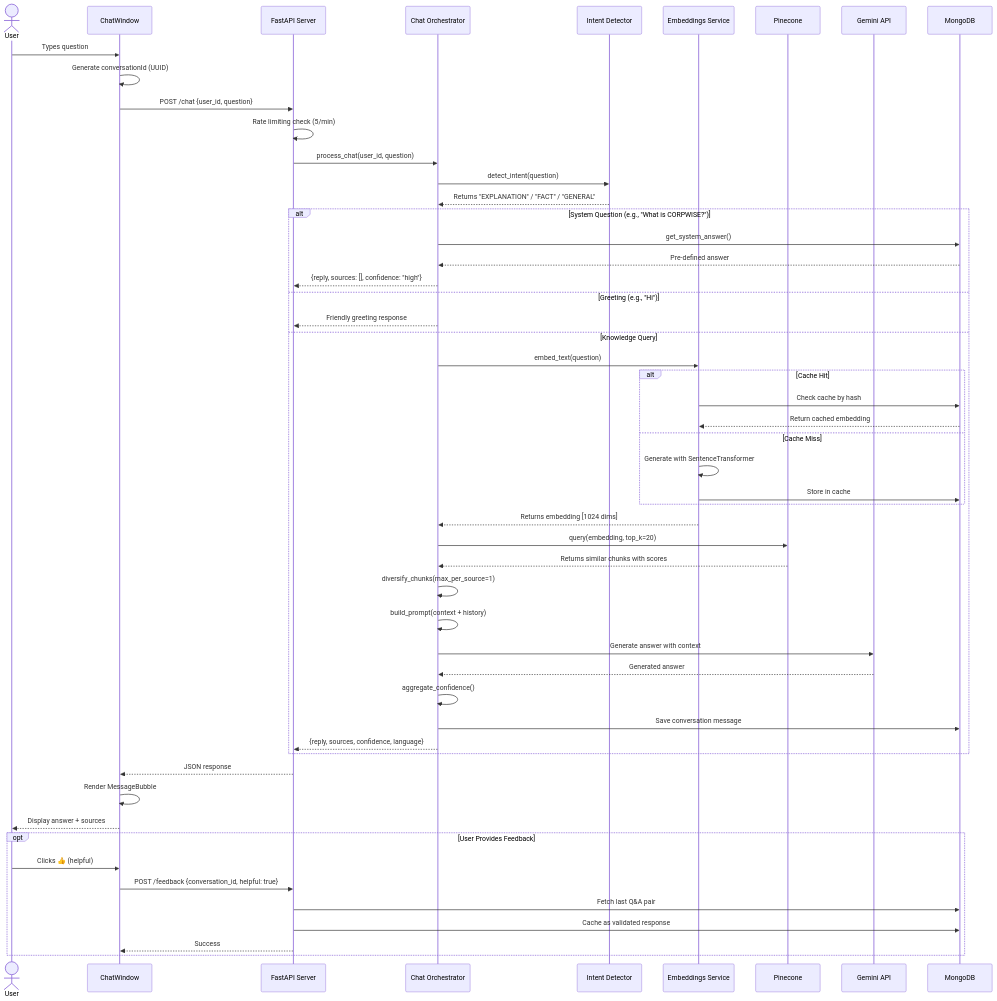
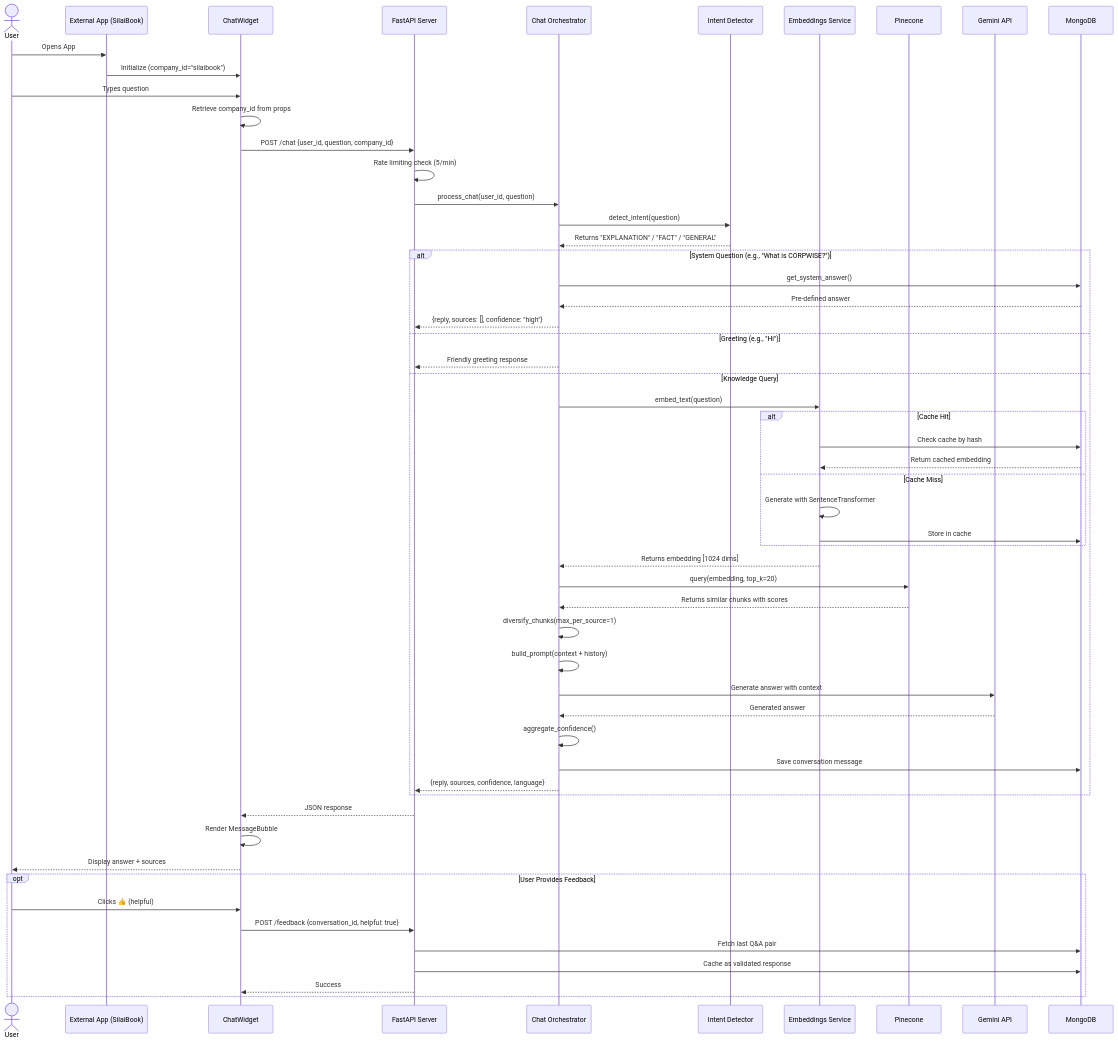
The second of 18 diagrams in project_workflow.md (ShantanuV2709/CORPWISE), drawn with Mermaid before and after one commit. The commit also changed other lines of this file and 7 other files, not shown here.

````diff
--- a/project_workflow.md
+++ b/project_workflow.md
@@ -85,67 +86,70 @@
 ```mermaid
 sequenceDiagram
     actor User
-    participant UI as ChatWindow
+    participant ClientApp as External App (SilaiBook)
+    participant UI as ChatWidget
     participant API as FastAPI Server
     participant Orch as Chat Orchestrator
     participant Intent as Intent Detector
     participant Embed as Embeddings Service
     participant Pine as Pinecone
     participant LLM as Gemini API
     participant Mongo as MongoDB
     
+    User->>ClientApp: Opens App
+    ClientApp->>UI: Initialize (company_id="silaibook")
     User->>UI: Types question
-    UI->>UI: Generate conversationId (UUID)
-    UI->>API: POST /chat {user_id, question}
+    UI->>UI: Retrieve company_id from props
+    UI->>API: POST /chat {user_id, question, company_id}
     
     API->>API: Rate limiting check (5/min)
     API->>Orch: process_chat(user_id, question)
     
     Orch->>Intent: detect_intent(question)
     Intent-->>Orch: Returns "EXPLANATION" / "FACT" / "GENERAL"
     
     alt System Question (e.g., "What is CORPWISE?")
         Orch->>Mongo: get_system_answer()
         Mongo-->>Orch: Pre-defined answer
         Orch-->>API: {reply, sources: [], confidence: "high"}
     else Greeting (e.g., "Hi")
         Orch-->>API: Friendly greeting response
     else Knowledge Query
         Orch->>Embed: embed_text(question)
         
         alt Cache Hit
             Embed->>Mongo: Check cache by hash
             Mongo-->>Embed: Return cached embedding
         else Cache Miss
             Embed->>Embed: Generate with SentenceTransformer
             Embed->>Mongo: Store in cache
         end
         
         Embed-->>Orch: Returns embedding [1024 dims]
         
         Orch->>Pine: query(embedding, top_k=20)
         Pine-->>Orch: Returns similar chunks with scores
         
         Orch->>Orch: diversify_chunks(max_per_source=1)
         Orch->>Orch: build_prompt(context + history)
         
         Orch->>LLM: Generate answer with context
         LLM-->>Orch: Generated answer
         
         Orch->>Orch: aggregate_confidence()
         Orch->>Mongo: Save conversation message
         Orch-->>API: {reply, sources, confidence, language}
     end
     
     API-->>UI: JSON response
     UI->>UI: Render MessageBubble
     UI-->>User: Display answer + sources
     
     opt User Provides Feedback
         User->>UI: Clicks 👍 (helpful)
         UI->>API: POST /feedback {conversation_id, helpful: true}
         API->>Mongo: Fetch last Q&A pair
         API->>Mongo: Cache as validated response
         API-->>UI: Success
     end
 ```
````
